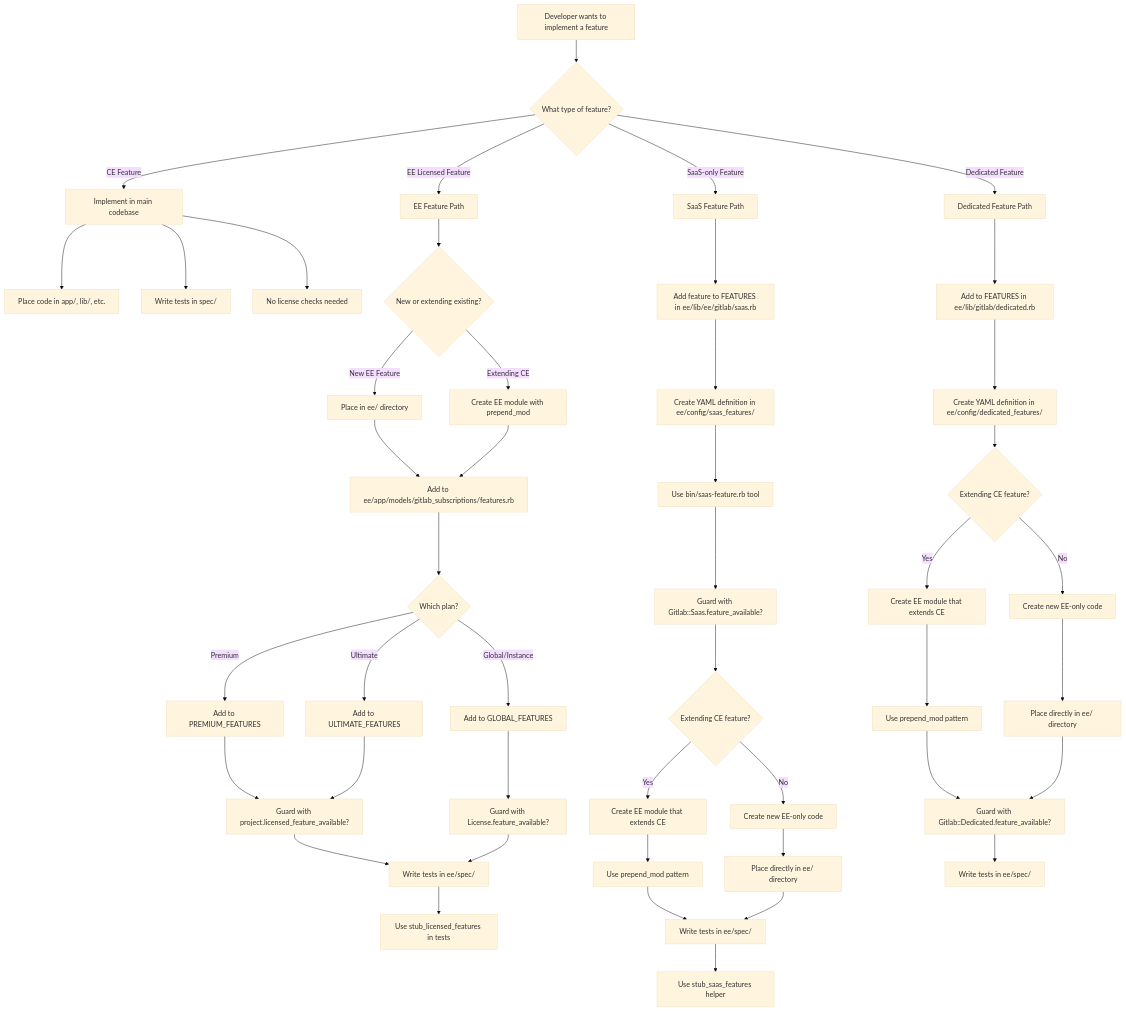
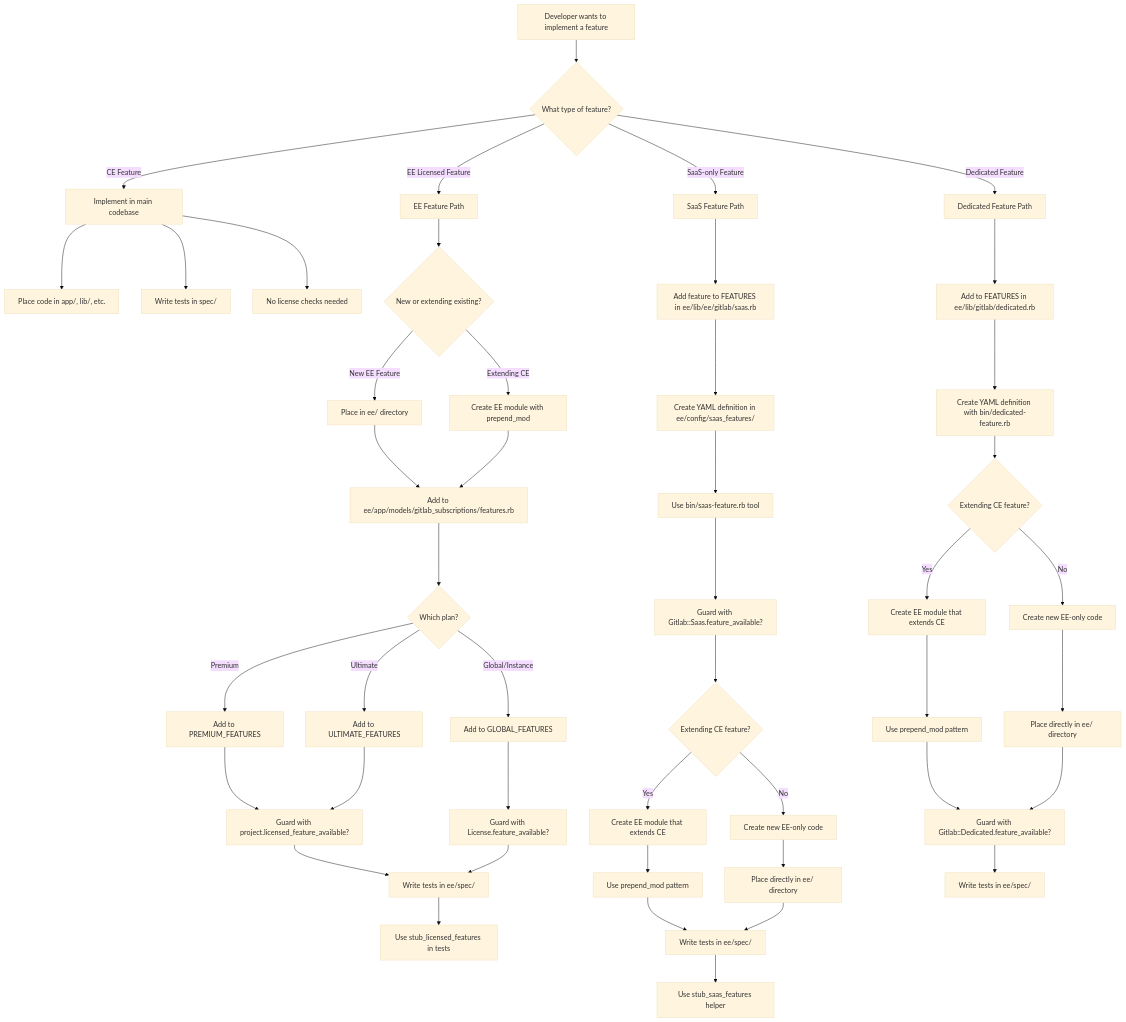
Before and after one commit to skratsch-solutions/gitlabhq: the diagram in doc/development/ee_features.md, drawn with Mermaid (base theme). The commit also changed other lines of this file and 32 other files, not shown here.

````diff
--- a/doc/development/ee_features.md
+++ b/doc/development/ee_features.md
@@ -32,59 +32,59 @@
 ```mermaid
 %%{init: { "fontFamily": "GitLab Sans" }}%%
 flowchart TD
     accTitle: Feature implementation decision flow
     accDescr: Diagram showing how to decide where and how to implement features across CE/EE/SaaS/Dedicated layers
 
     A[Developer wants to implement a feature] --> B{What type of feature?}
 
     B -->|CE Feature| C[Implement in main codebase]
     B -->|EE Licensed Feature| D[EE Feature Path]
     B -->|SaaS-only Feature| E[SaaS Feature Path]
     B -->|Dedicated Feature| F[Dedicated Feature Path]
 
     C --> C1[Place code in app/, lib/, etc.]
     C --> C2[Write tests in spec/]
     C --> C3[No license checks needed]
 
     D --> D1{New or extending existing?}
     D1 -->|New EE Feature| D2[Place in ee/ directory]
     D1 -->|Extending CE| D3[Create EE module with prepend_mod]
 
     D2 --> D4[Add to ee/app/models/gitlab_subscriptions/features.rb]
     D3 --> D4
     D4 --> D5{Which plan?}
     D5 -->|Premium| D6[Add to PREMIUM_FEATURES]
     D5 -->|Ultimate| D7[Add to ULTIMATE_FEATURES]
     D5 -->|Global/Instance| D8[Add to GLOBAL_FEATURES]
 
     D6 --> D9[Guard with project.licensed_feature_available?]
     D7 --> D9
     D8 --> D10[Guard with License.feature_available?]
     D9 --> D11[Write tests in ee/spec/]
     D10 --> D11
     D11 --> D12[Use stub_licensed_features in tests]
 
     E --> E1[Add feature to FEATURES in ee/lib/ee/gitlab/saas.rb]
     E1 --> E2[Create YAML definition in ee/config/saas_features/]
     E2 --> E3[Use bin/saas-feature.rb tool]
     E3 --> E4[Guard with Gitlab::Saas.feature_available?]
     E4 --> E5{Extending CE feature?}
     E5 -->|Yes| E6[Create EE module that extends CE]
     E5 -->|No| E7[Create new EE-only code]
     E6 --> E8[Use prepend_mod pattern]
     E7 --> E9[Place directly in ee/ directory]
     E8 --> E10[Write tests in ee/spec/]
     E9 --> E10
     E10 --> E11[Use stub_saas_features helper]
 
     F --> F1[Add to FEATURES in ee/lib/gitlab/dedicated.rb]
-    F1 --> F2[Create YAML definition in ee/config/dedicated_features/]
+    F1 --> F2[Create YAML definition with bin/dedicated-feature.rb]
     F2 --> F3{Extending CE feature?}
     F3 -->|Yes| F4[Create EE module that extends CE]
     F3 -->|No| F5[Create new EE-only code]
     F4 --> F6[Use prepend_mod pattern]
     F5 --> F7[Place directly in ee/ directory]
     F6 --> F8[Guard with Gitlab::Dedicated.feature_available?]
     F7 --> F8
     F8 --> F9[Write tests in ee/spec/]
 ```
````
